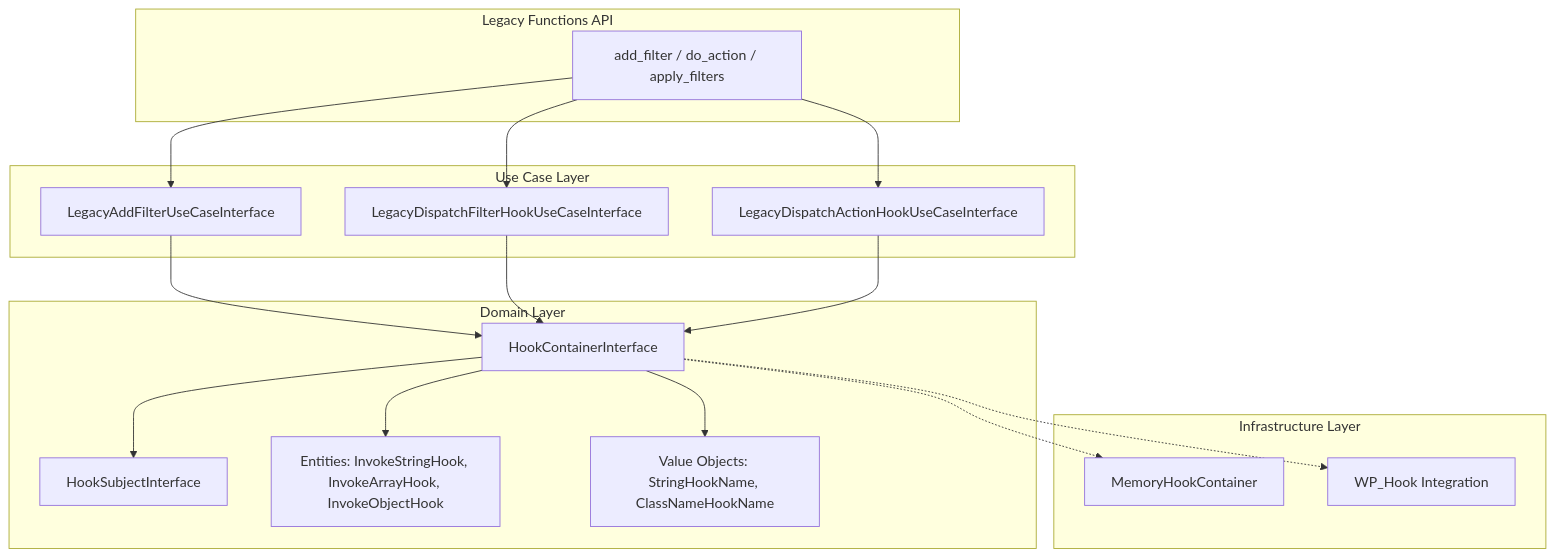
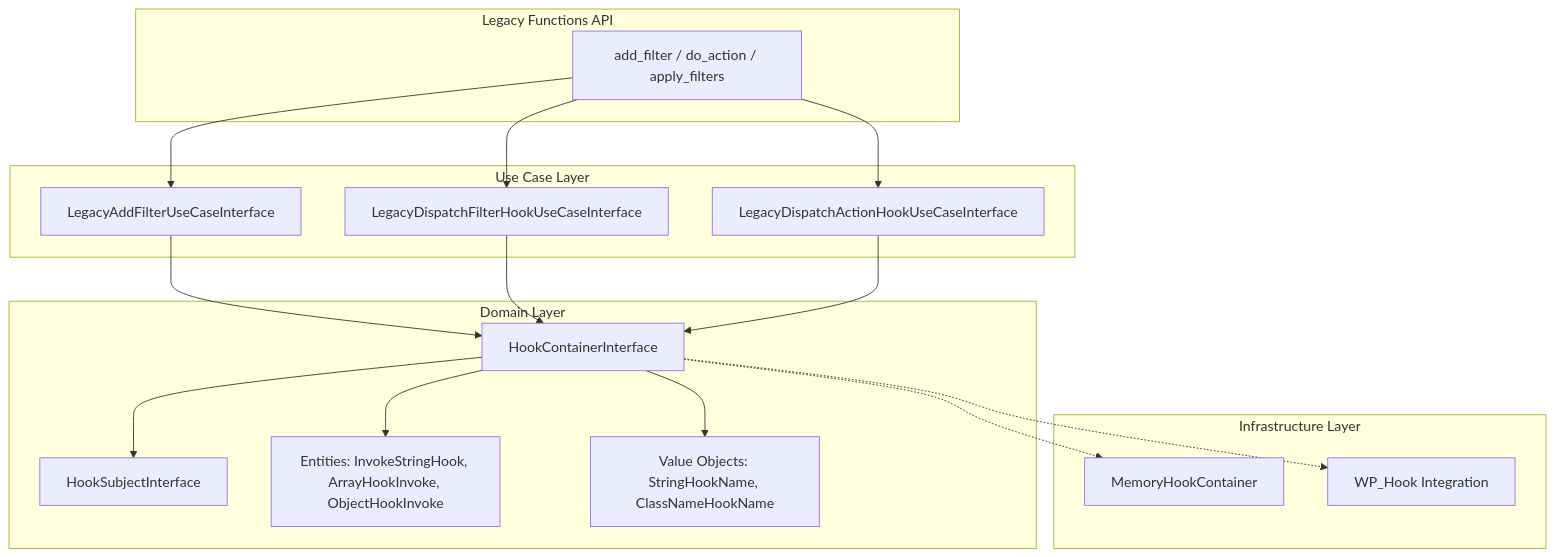
Before and after one commit to SpeedySpec/speedyspec-wp-hook-domain: the diagram in README.md, drawn with Mermaid. The commit also changed other lines of this file and 11 other files, not shown here.

Commit message:
feat: rename `Invoke*Hook` to better format `*HookInvoke` and to better match the interface

````diff
--- a/README.md
+++ b/README.md
@@ -124,36 +124,36 @@
 ```mermaid
 graph TB
     subgraph "Legacy Functions API"
         A[add_filter / do_action / apply_filters]
     end
 
     subgraph "Use Case Layer"
         B[LegacyAddFilterUseCaseInterface]
         C[LegacyDispatchFilterHookUseCaseInterface]
         D[LegacyDispatchActionHookUseCaseInterface]
     end
 
     subgraph "Domain Layer"
         E[HookContainerInterface]
         F[HookSubjectInterface]
-        G[Entities: InvokeStringHook, InvokeArrayHook, InvokeObjectHook]
+        G[Entities: InvokeStringHook, ArrayHookInvoke, ObjectHookInvoke]
         H[Value Objects: StringHookName, ClassNameHookName]
     end
 
     subgraph "Infrastructure Layer"
         I[MemoryHookContainer]
         J[WP_Hook Integration]
     end
 
     A --> B
     A --> C
     A --> D
     B --> E
     C --> E
     D --> E
     E --> F
     E --> G
     E --> H
     E -.-> I
     E -.-> J
 ```
````
